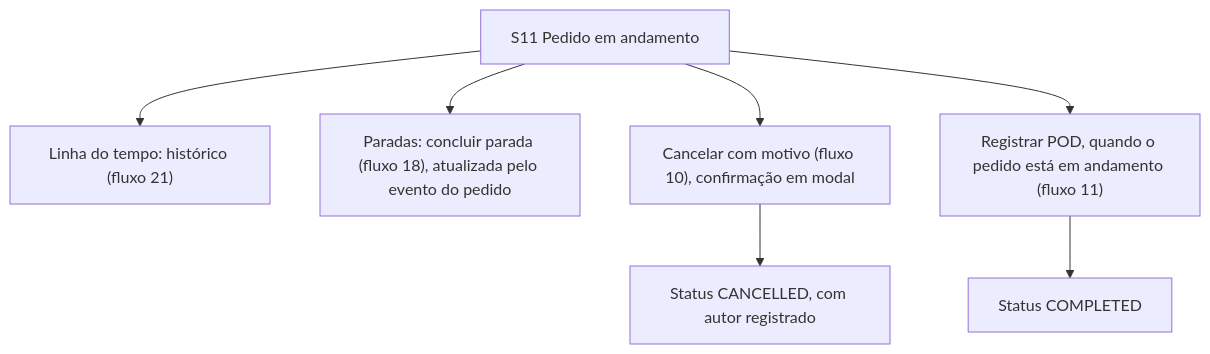
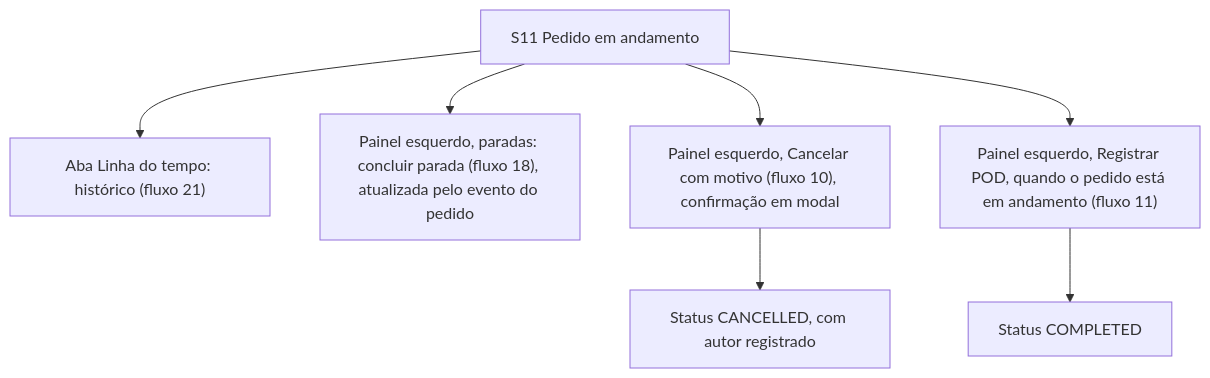
The eighth of 9 diagrams in docs/flows/frontend/flow-pedido-telas.md (Edryck/kj-fleets), drawn with Mermaid before and after one commit. The commit also changed other lines of this file and 138 other files, not shown here.

````diff
--- a/docs/flows/frontend/flow-pedido-telas.md
+++ b/docs/flows/frontend/flow-pedido-telas.md
@@ -47,9 +141,9 @@
 ```mermaid
 flowchart TD
-    V["S11 Pedido em andamento"] --> E["Linha do tempo: histórico (fluxo 21)"]
-    V --> ST["Paradas: concluir parada (fluxo 18), atualizada pelo evento do pedido"]
-    V --> CAN["Cancelar com motivo (fluxo 10), confirmação em modal"]
-    V --> POD["Registrar POD, quando o pedido está em andamento (fluxo 11)"]
+    V["S11 Pedido em andamento"] --> E["Aba Linha do tempo: histórico (fluxo 21)"]
+    V --> ST["Painel esquerdo, paradas: concluir parada (fluxo 18), atualizada pelo evento do pedido"]
+    V --> CAN["Painel esquerdo, Cancelar com motivo (fluxo 10), confirmação em modal"]
+    V --> POD["Painel esquerdo, Registrar POD, quando o pedido está em andamento (fluxo 11)"]
     CAN --> OUT1["Status CANCELLED, com autor registrado"]
     POD --> OUT2["Status COMPLETED"]
 ```
````
